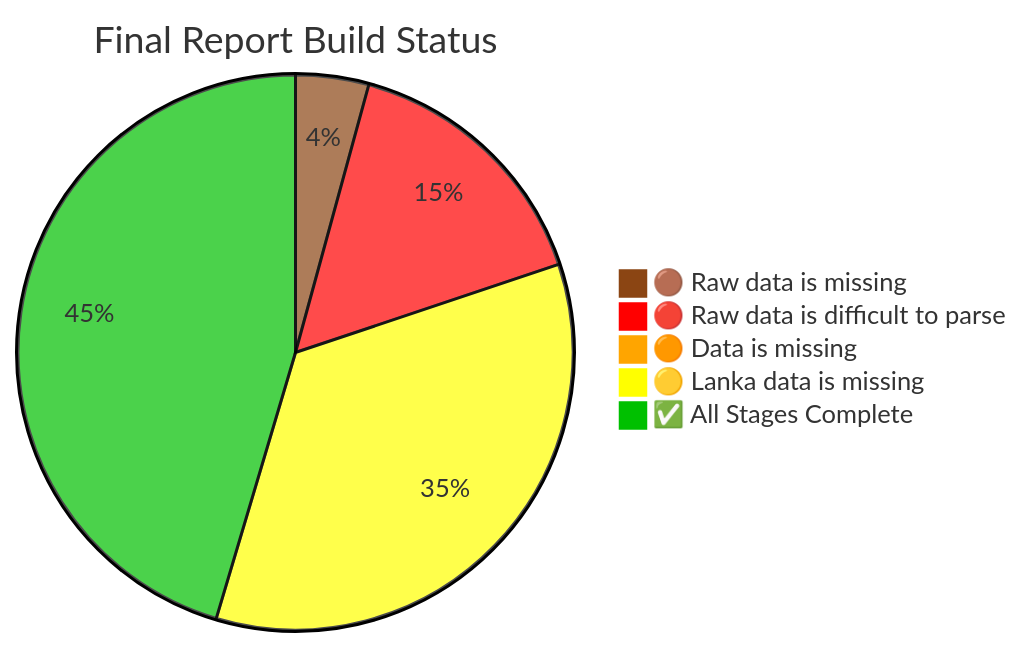
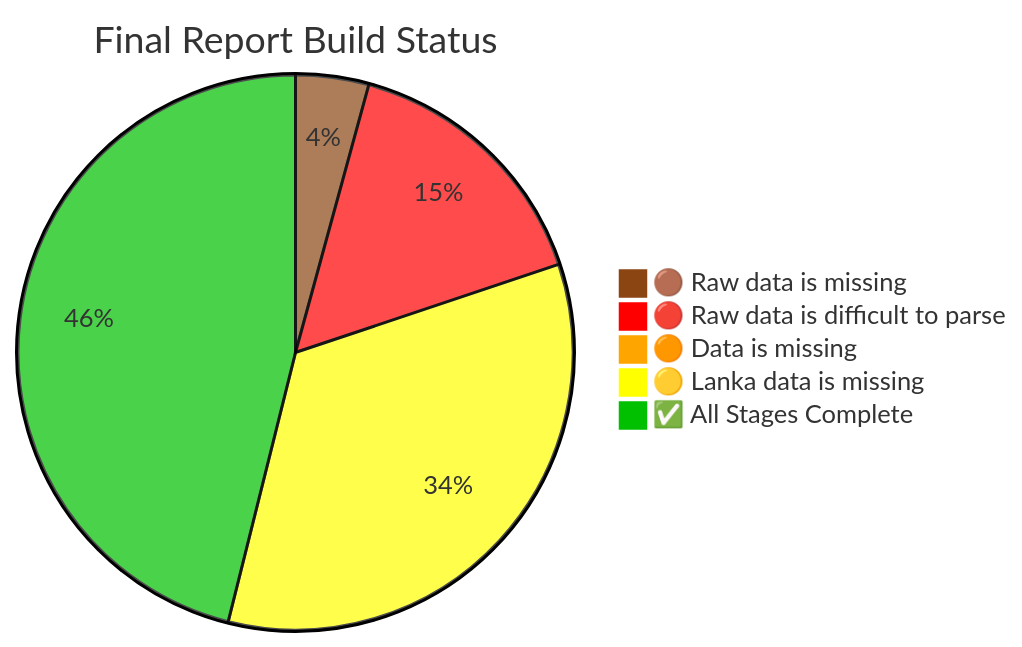
Before and after one commit to nuuuwan/lk_census_2024: the diagram in README.md, drawn with Mermaid. The commit also changed other lines of this file and 4 other files, not shown here.

Commit message:
Update household size data structures and add lanka_data.json for 2024

````diff
--- a/README.md
+++ b/README.md
@@ -220,9 +220,9 @@
 ```mermaid
 %%{init: {"theme": "base", "themeVariables": {"pie1": "#8B4513", "pie2": "#FF0000", "pie3": "#FFA500", "pie4": "#FFFF00", "pie5": "#00c000"}}}%%
 pie title Final Report Build Status
 "🟤 Raw data is missing" : 6
     "🔴 Raw data is difficult to parse" : 22
     "🟠 Data is missing" : 1
-    "🟡 Lanka data is missing" : 49
-    "✅ All Stages Complete" : 64
+    "🟡 Lanka data is missing" : 48
+    "✅ All Stages Complete" : 65
 ```
````
